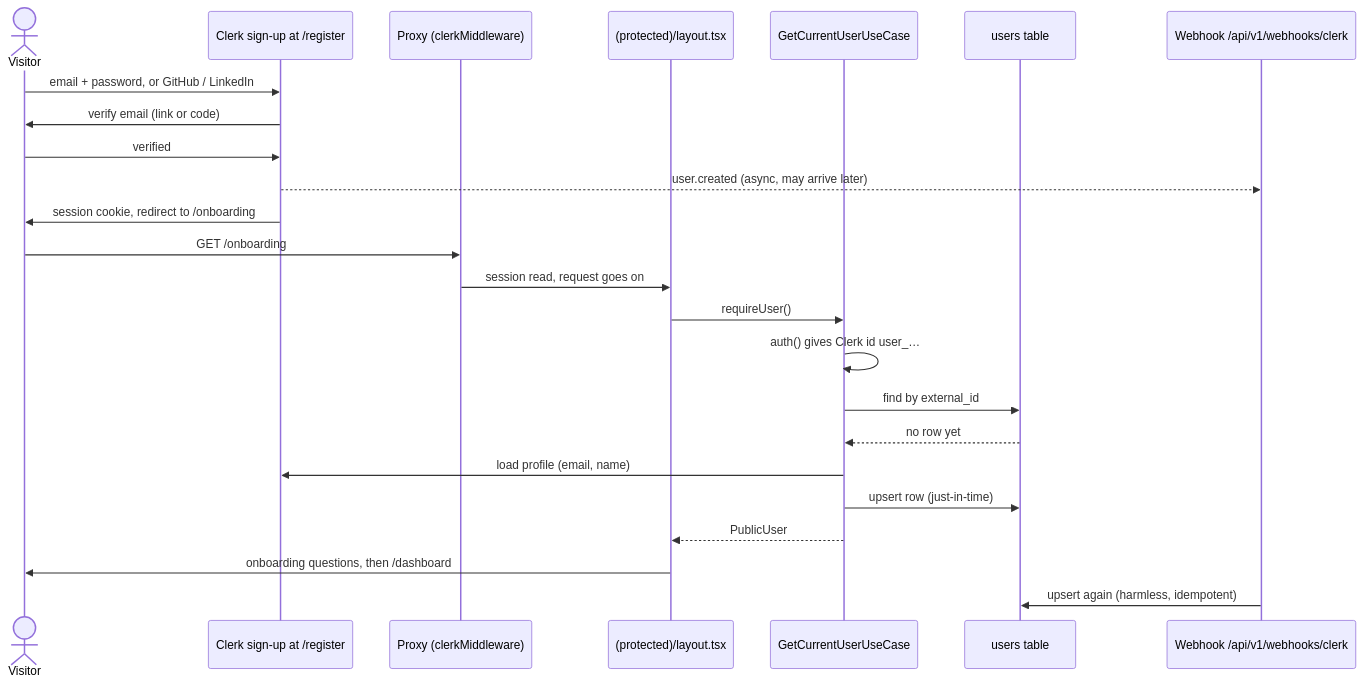
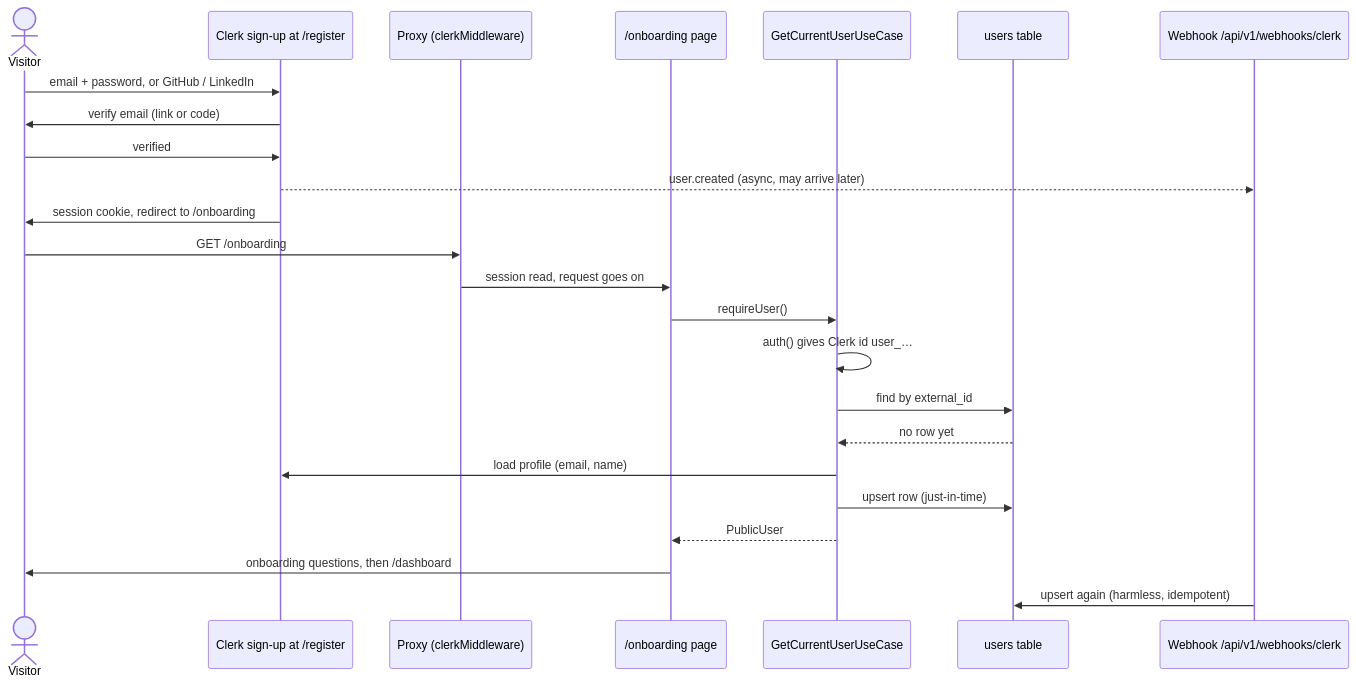
The first of 2 diagrams in docs/backend/AUTH.md (jobak-net/jobak), drawn with Mermaid before and after one commit. The commit also changed other lines of this file and 36 other files, not shown here.

````diff
--- a/docs/backend/AUTH.md
+++ b/docs/backend/AUTH.md
@@ -38,27 +39,27 @@
 ```mermaid
 sequenceDiagram
     actor V as Visitor
     participant C as Clerk sign-up at /register
     participant P as Proxy (clerkMiddleware)
-    participant L as (protected)/layout.tsx
+    participant L as /onboarding page
     participant U as GetCurrentUserUseCase
     participant DB as users table
     participant W as Webhook /api/v1/webhooks/clerk
 
     V->>C: email + password, or GitHub / LinkedIn
     C->>V: verify email (link or code)
     V->>C: verified
     C-->>W: user.created (async, may arrive later)
     C->>V: session cookie, redirect to /onboarding
     V->>P: GET /onboarding
     P->>L: session read, request goes on
     L->>U: requireUser()
     U->>U: auth() gives Clerk id user_…
     U->>DB: find by external_id
     DB-->>U: no row yet
     U->>C: load profile (email, name)
     U->>DB: upsert row (just-in-time)
     U-->>L: PublicUser
     L->>V: onboarding questions, then /dashboard
     W->>DB: upsert again (harmless, idempotent)
 ```
````
